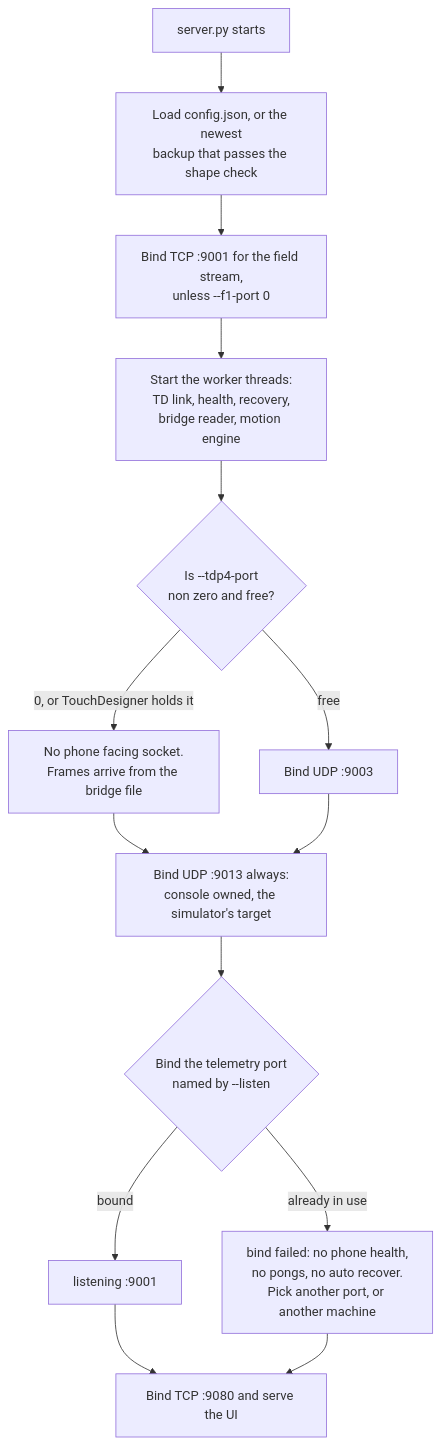
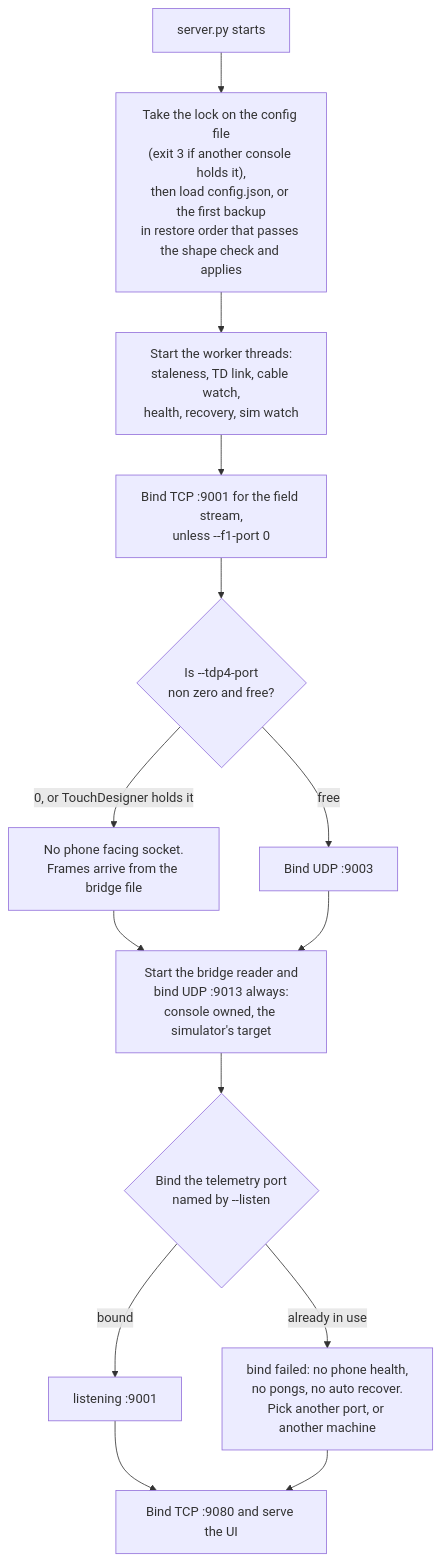
The diagram in console/running.md (AristidesAI/TDStage-Docs), drawn with Mermaid before and after one commit. The commit also changed other lines of this file and 22 other files, not shown here.

````diff
--- a/console/running.md
+++ b/console/running.md
@@ -168,16 +182,16 @@
 ```mermaid
 flowchart TD
-  A["server.py starts"] --> B["Load config.json, or the newest<br/>backup that passes the shape check"]
-  B --> D["Bind TCP :9001 for the field stream,<br/>unless --f1-port 0"]
-  D --> C["Start the worker threads:<br/>TD link, health, recovery,<br/>bridge reader, motion engine"]
-  C --> E{"Is --tdp4-port<br/>non zero and free?"}
+  A["server.py starts"] --> B["Take the lock on the config file<br/>(exit 3 if another console holds it),<br/>then load config.json, or the first backup<br/>in restore order that passes the shape check and applies"]
+  B --> C["Start the worker threads:<br/>staleness, TD link, cable watch,<br/>health, recovery, sim watch"]
+  C --> D["Bind TCP :9001 for the field stream,<br/>unless --f1-port 0"]
+  D --> E{"Is --tdp4-port<br/>non zero and free?"}
   E -- "0, or TouchDesigner holds it" --> F["No phone facing socket.<br/>Frames arrive from the bridge file"]
   E -- "free" --> G["Bind UDP :9003"]
-  F --> H["Bind UDP :9013 always:<br/>console owned, the simulator's target"]
+  F --> H["Start the bridge reader and<br/>bind UDP :9013 always:<br/>console owned, the simulator's target"]
   G --> H
   H --> I{"Bind the telemetry port<br/>named by --listen"}
   I -- "bound" --> J["listening :9001"]
   I -- "already in use" --> K["bind failed: no phone health,<br/>no pongs, no auto recover.<br/>Pick another port, or another machine"]
   J --> L["Bind TCP :9080 and serve the UI"]
   K --> L
 ```
````
